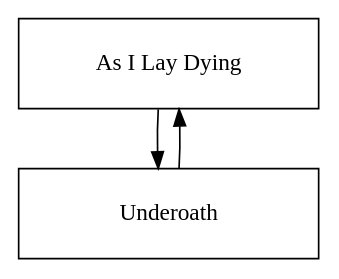
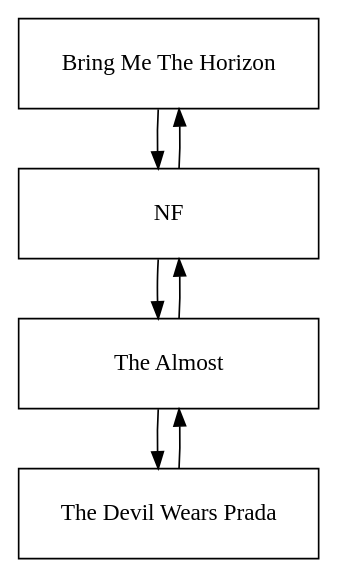
Before and after one commit to adminDG1/EDD_DIC_2019_PY1_201612106: the diagram in Project2/Project2/graficaDob.dot, drawn with Graphviz. The commit also changed 19 other files, not shown here.

```diff
--- a/Project2/Project2/graficaDob.dot
+++ b/Project2/Project2/graficaDob.dot
@@ -1,6 +1,10 @@
 digraph { 
 node[shape=box, width = 2.5, height = .75 ]; 
-"As I Lay Dying"->"Underoath"
-"Underoath"->"As I Lay Dying"
+"Bring Me The Horizon"->"NF"
+"NF"->"Bring Me The Horizon"
+"NF"->"The Almost"
+"The Almost"->"NF"
+"The Almost"->"The Devil Wears Prada"
+"The Devil Wears Prada"->"The Almost"
 
 }
```
